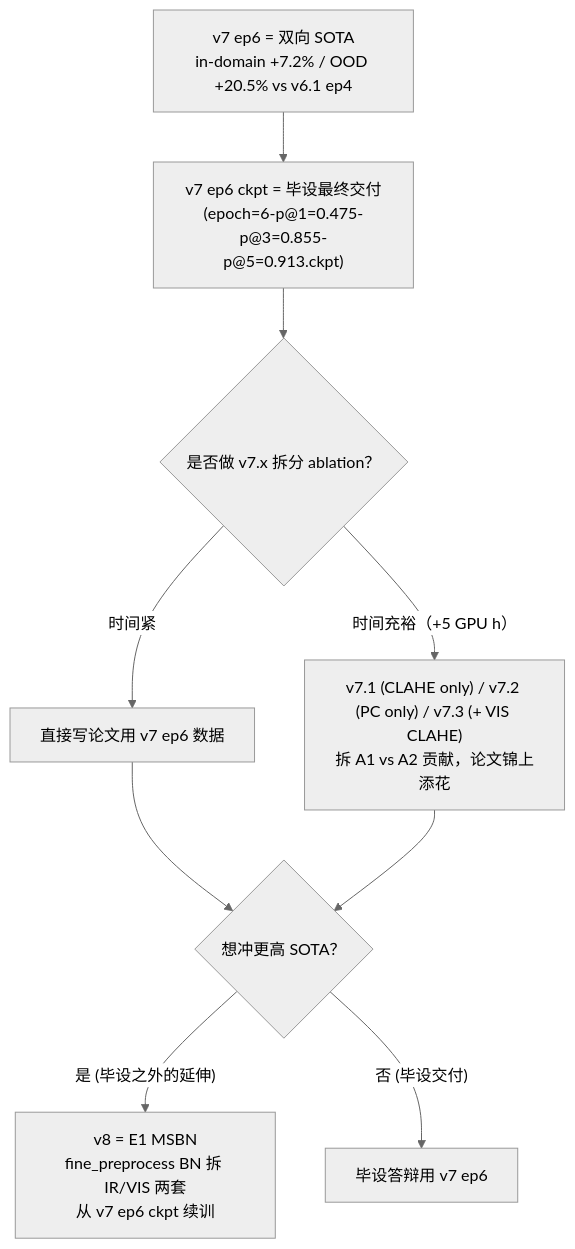
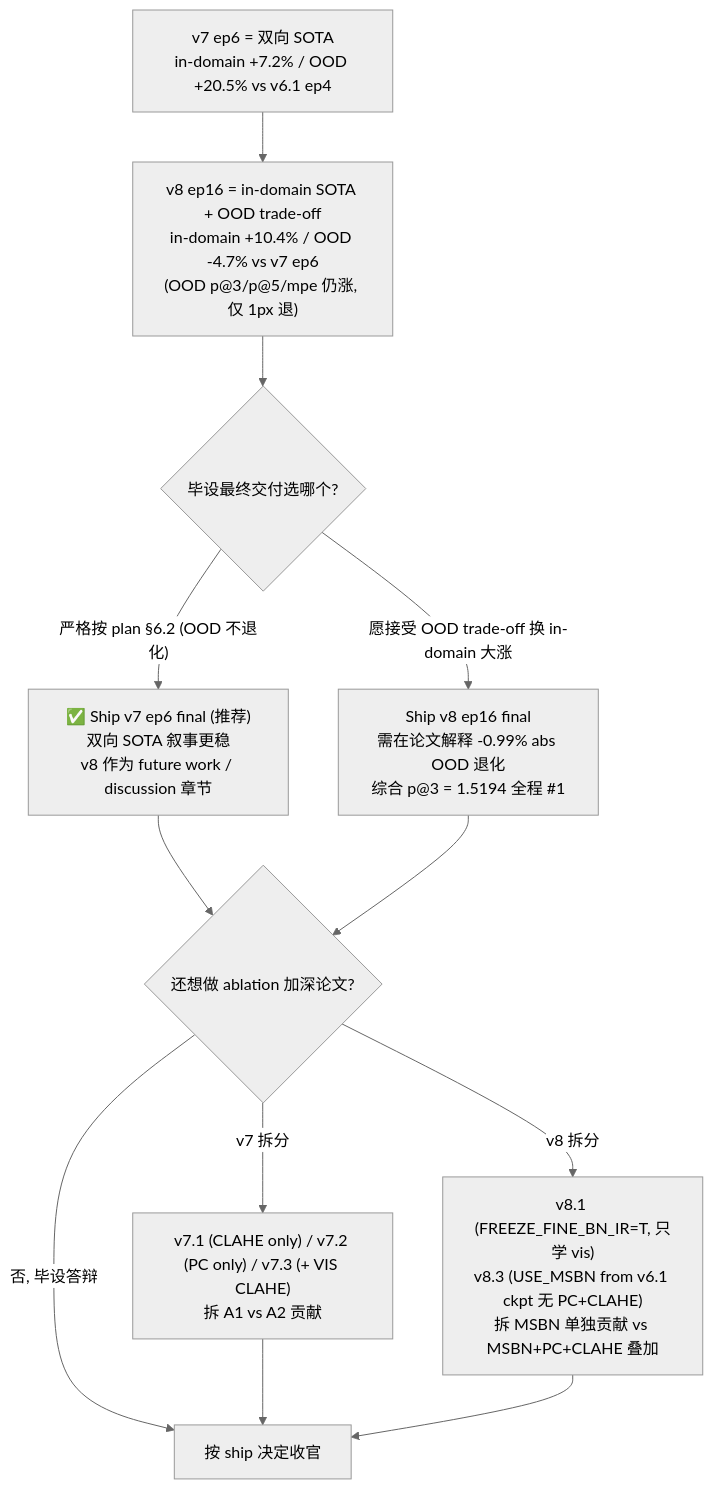
Before and after one commit to abirdlikefish/eloftr: the second of 2 diagrams in .cursor/skills/eloftr-cross-modal-experiments/SKILL.md, drawn with Mermaid (neutral theme). The commit also changed other lines of this file and 16 other files, not shown here.

````diff
--- a/.cursor/skills/eloftr-cross-modal-experiments/SKILL.md
+++ b/.cursor/skills/eloftr-cross-modal-experiments/SKILL.md
@@ -131,11 +160,14 @@
 ```mermaid
 flowchart TD
-    v7done["v7 ep6 = 双向 SOTA<br/>in-domain +7.2% / OOD +20.5% vs v6.1 ep4"] --> done["v7 ep6 ckpt = 毕设最终交付<br/>(epoch=6-p@1=0.475-p@3=0.855-p@5=0.913.ckpt)"]
-    done --> abopt{"是否做 v7.x 拆分 ablation？"}
-    abopt -->|"时间充裕（+5 GPU h）"| ablation["v7.1 (CLAHE only) / v7.2 (PC only) / v7.3 (+ VIS CLAHE)<br/>拆 A1 vs A2 贡献，论文锦上添花"]
-    abopt -->|"时间紧"| paper["直接写论文用 v7 ep6 数据"]
-    paper --> v8opt{"想冲更高 SOTA？"}
-    ablation --> v8opt
-    v8opt -->|"是 (毕设之外的延伸)"| pathE["v8 = E1 MSBN<br/>fine_preprocess BN 拆 IR/VIS 两套<br/>从 v7 ep6 ckpt 续训"]
-    v8opt -->|"否 (毕设交付)"| stop["毕设答辩用 v7 ep6"]
+    v7done["v7 ep6 = 双向 SOTA<br/>in-domain +7.2% / OOD +20.5% vs v6.1 ep4"] --> v8done["v8 ep16 = in-domain SOTA + OOD trade-off<br/>in-domain +10.4% / OOD -4.7% vs v7 ep6<br/>(OOD p@3/p@5/mpe 仍涨, 仅 1px 退)"]
+    v8done --> shipopt{"毕设最终交付选哪个?"}
+    shipopt -->|"严格按 plan §6.2 (OOD 不退化)"| ship_v7["✅ Ship v7 ep6 final (推荐)<br/>双向 SOTA 叙事更稳<br/>v8 作为 future work / discussion 章节"]
+    shipopt -->|"愿接受 OOD trade-off 换 in-domain 大涨"| ship_v8["Ship v8 ep16 final<br/>需在论文解释 -0.99% abs OOD 退化<br/>综合 p@3 = 1.5194 全程 #1"]
+    ship_v7 --> nextopt{"还想做 ablation 加深论文?"}
+    ship_v8 --> nextopt
+    nextopt -->|"v7 拆分"| v7ablation["v7.1 (CLAHE only) / v7.2 (PC only) / v7.3 (+ VIS CLAHE)<br/>拆 A1 vs A2 贡献"]
+    nextopt -->|"v8 拆分"| v8ablation["v8.1 (FREEZE_FINE_BN_IR=T, 只学 vis)<br/>v8.3 (USE_MSBN from v6.1 ckpt 无 PC+CLAHE)<br/>拆 MSBN 单独贡献 vs MSBN+PC+CLAHE 叠加"]
+    nextopt -->|"否, 毕设答辩"| done["按 ship 决定收官"]
+    v7ablation --> done
+    v8ablation --> done
 ```
````
